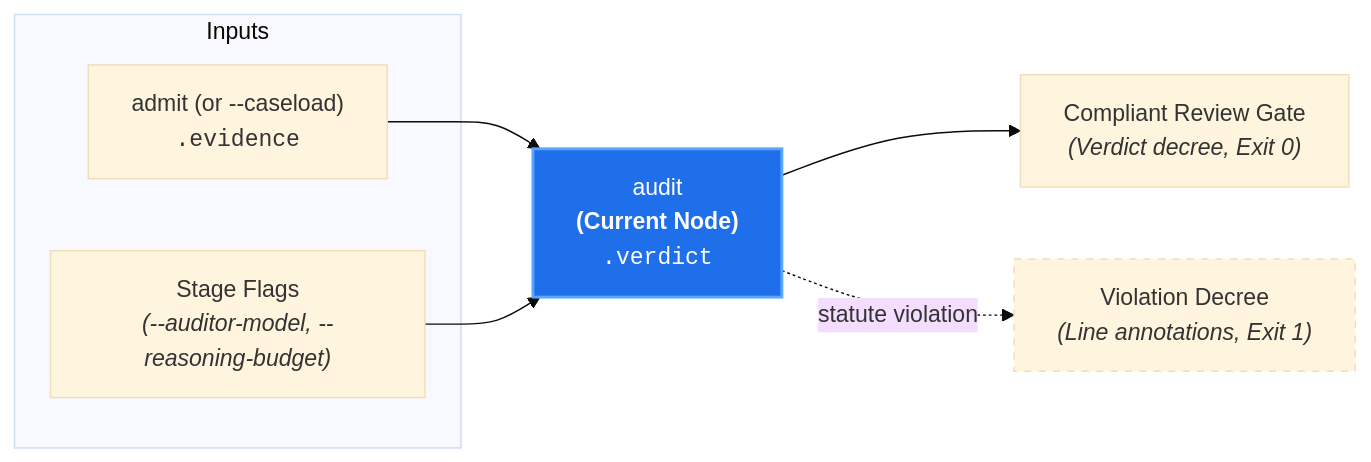
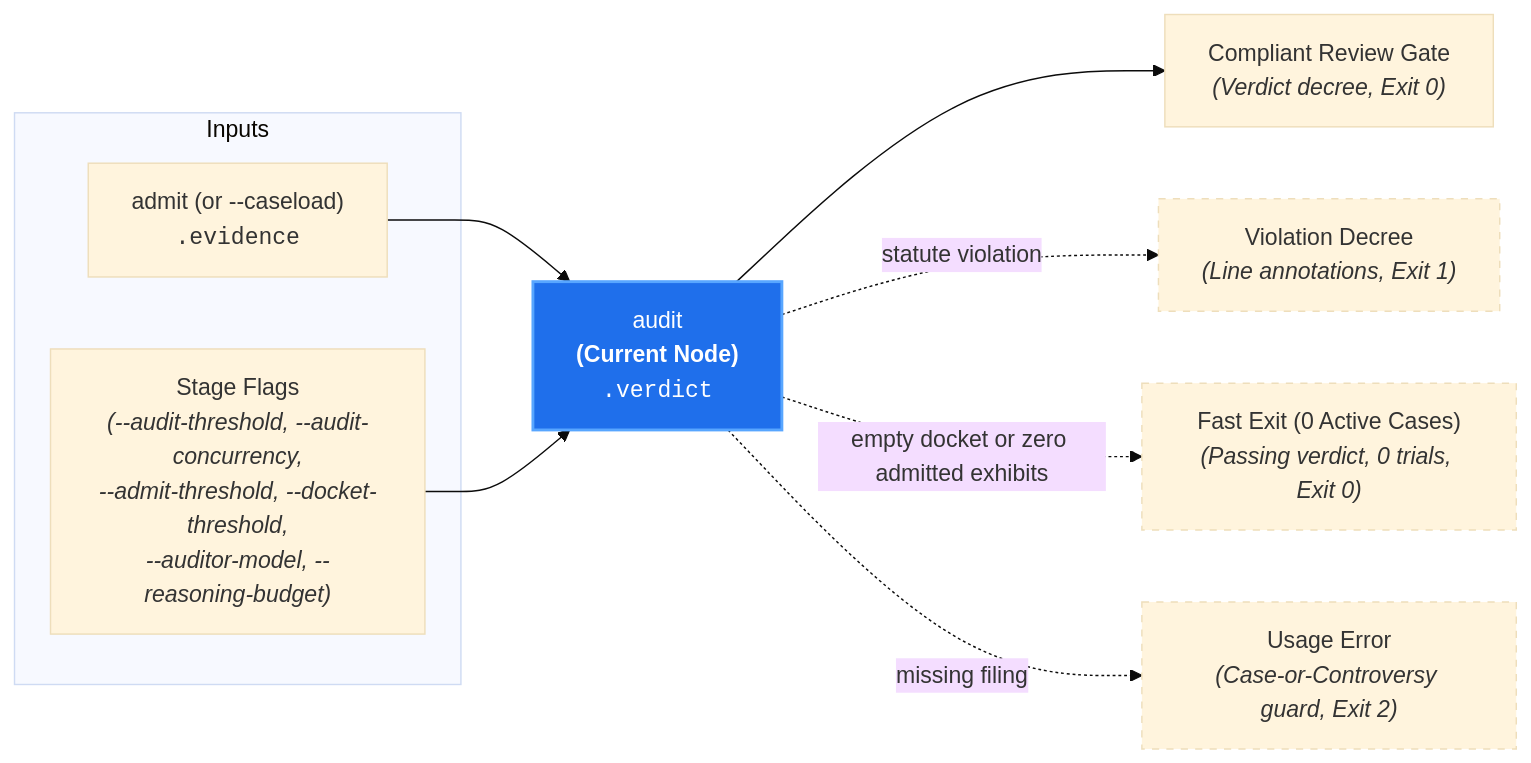
The diagram in docs/architecture/nodes/audit.md (PAIR-code/canon-clerk), drawn with Mermaid (base theme) before and after one commit. The commit also changed other lines of this file and 2 other files, not shown here.

Commit message:
spec(core): align audit node, 3-tier determinism, and live benchmarking specs (#295)

````diff
--- a/docs/architecture/nodes/audit.md
+++ b/docs/architecture/nodes/audit.md
@@ -22,16 +22,20 @@
 ```mermaid
 flowchart LR
     subgraph Inputs["Inputs"]
         Admit["admit (or --caseload)<br/><code>.evidence</code>"]
-        Params["Stage Flags<br/><i>(--auditor-model, --reasoning-budget)</i>"]
+        Params["Stage Flags<br/><i>(--audit-threshold, --audit-concurrency,<br/>--admit-threshold, --docket-threshold,<br/>--auditor-model, --reasoning-budget)</i>"]
     end
 
     Admit --> Audit["audit<br/><b>(Current Node)</b><br/><code>.verdict</code>"]
     Params --> Audit
 
     Audit --> Compliant["Compliant Review Gate<br/><i>(Verdict decree, Exit 0)</i>"]
     Audit -. "statute violation" .-> Violation["Violation Decree<br/><i>(Line annotations, Exit 1)</i>"]
+    Audit -. "empty docket or zero admitted exhibits" .-> ZeroTrials["Fast Exit (0 Active Cases)<br/><i>(Passing verdict, 0 trials, Exit 0)</i>"]
+    Audit -. "missing filing" .-> UsageError["Usage Error<br/><i>(Case-or-Controversy guard, Exit 2)</i>"]
 
     style Audit fill:#1f6feb,stroke:#58a6ff,stroke-width:2px,color:#fff
     style Violation stroke-dasharray: 5 5
+    style ZeroTrials stroke-dasharray: 5 5
+    style UsageError stroke-dasharray: 5 5
 ```
````
